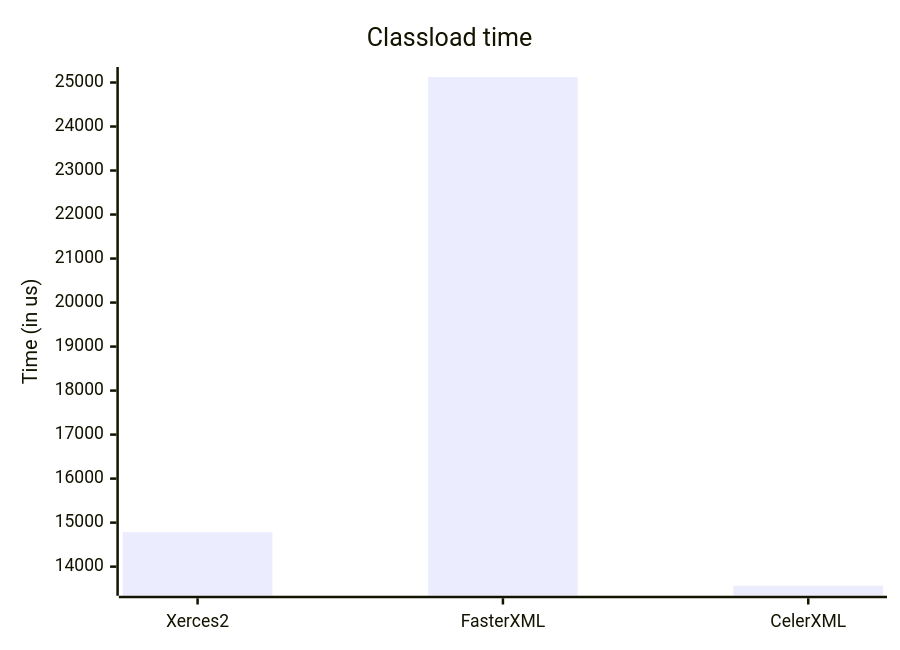
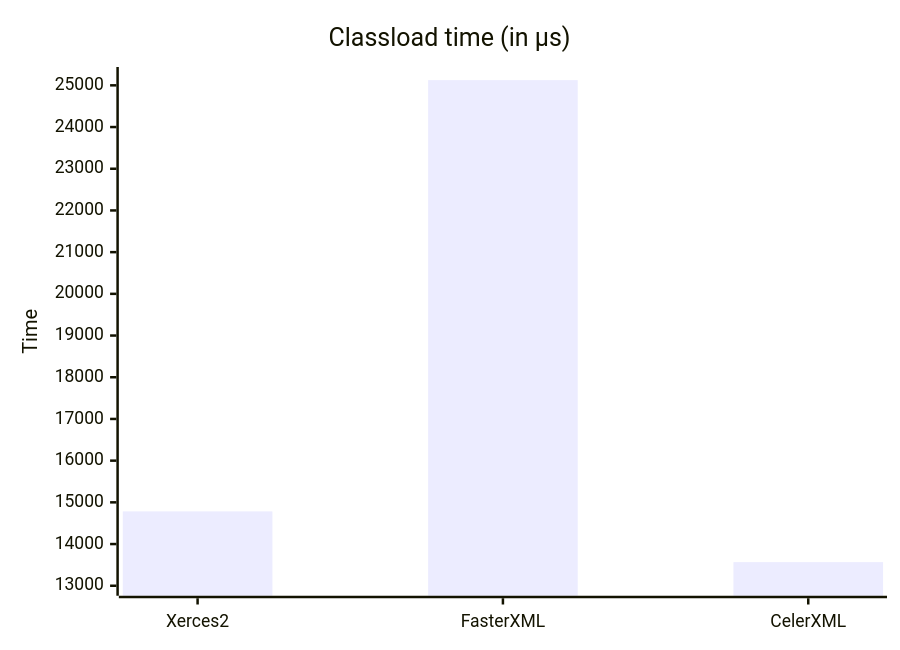
Before and after one commit to celersms/celerxml: the third of 3 diagrams in benchmark/README.md, drawn with Mermaid. The commit also changed other lines of this file, not shown here.

````diff
--- a/benchmark/README.md
+++ b/benchmark/README.md
@@ -38,7 +33,7 @@
 ```mermaid
 xychart
-    title "Classload time"
+    title "Classload time (in µs)"
     x-axis [Xerces2, FasterXML, CelerXML]
-    y-axis "Time (in us)"
+    y-axis Time 13000 --> 25200
     bar [14783, 25125, 13566]
 ```
````
